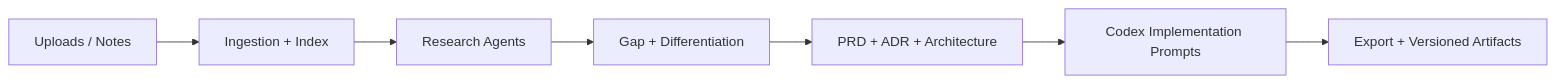
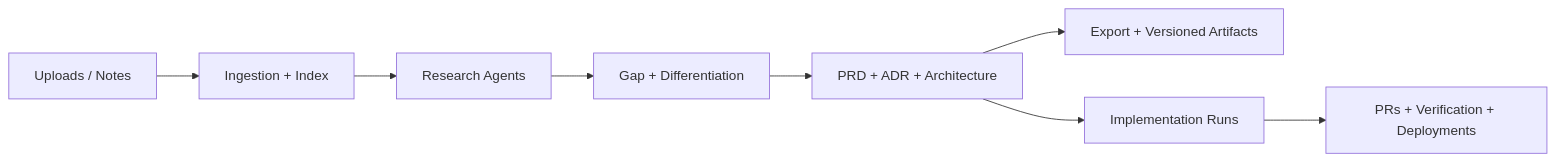
One commit to BjornMelin/ai-agent-builder changed the diagram in README.md. Above: the diagram before and after it, drawn with Mermaid. The commit also changed other lines of this file and 6 other files, not shown here.

Commit message:
docs: enhance README and architecture documentation to clarify implementation engine, add new API endpoints, and detail data model for approvals and deployments

````diff
--- a/README.md
+++ b/README.md
@@ -30,9 +30,10 @@
 ```mermaid
 flowchart LR
   A[Uploads / Notes] --> B[Ingestion + Index]
   B --> C[Research Agents]
   C --> D[Gap + Differentiation]
   D --> E[PRD + ADR + Architecture]
-  E --> F[Codex Implementation Prompts]
-  F --> G[Export + Versioned Artifacts]
+  E --> F[Export + Versioned Artifacts]
+  E --> G[Implementation Runs]
+  G --> H[PRs + Verification + Deployments]
 ```
````
